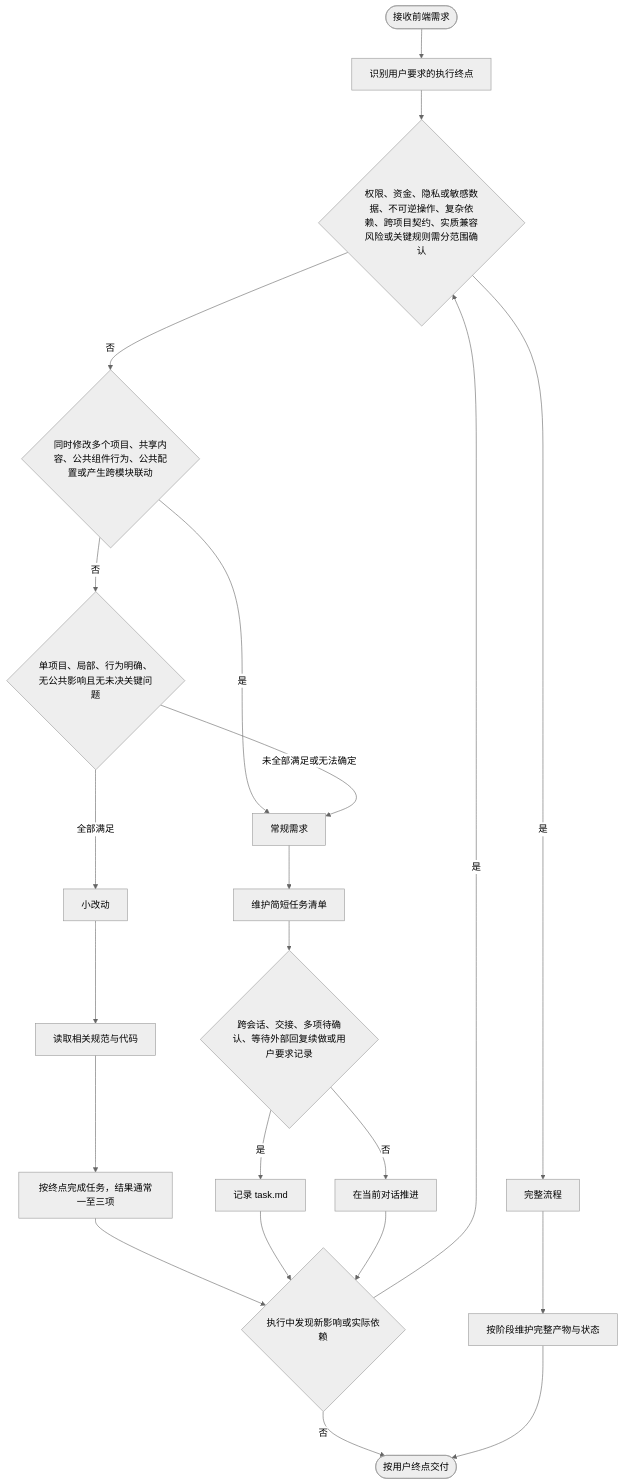
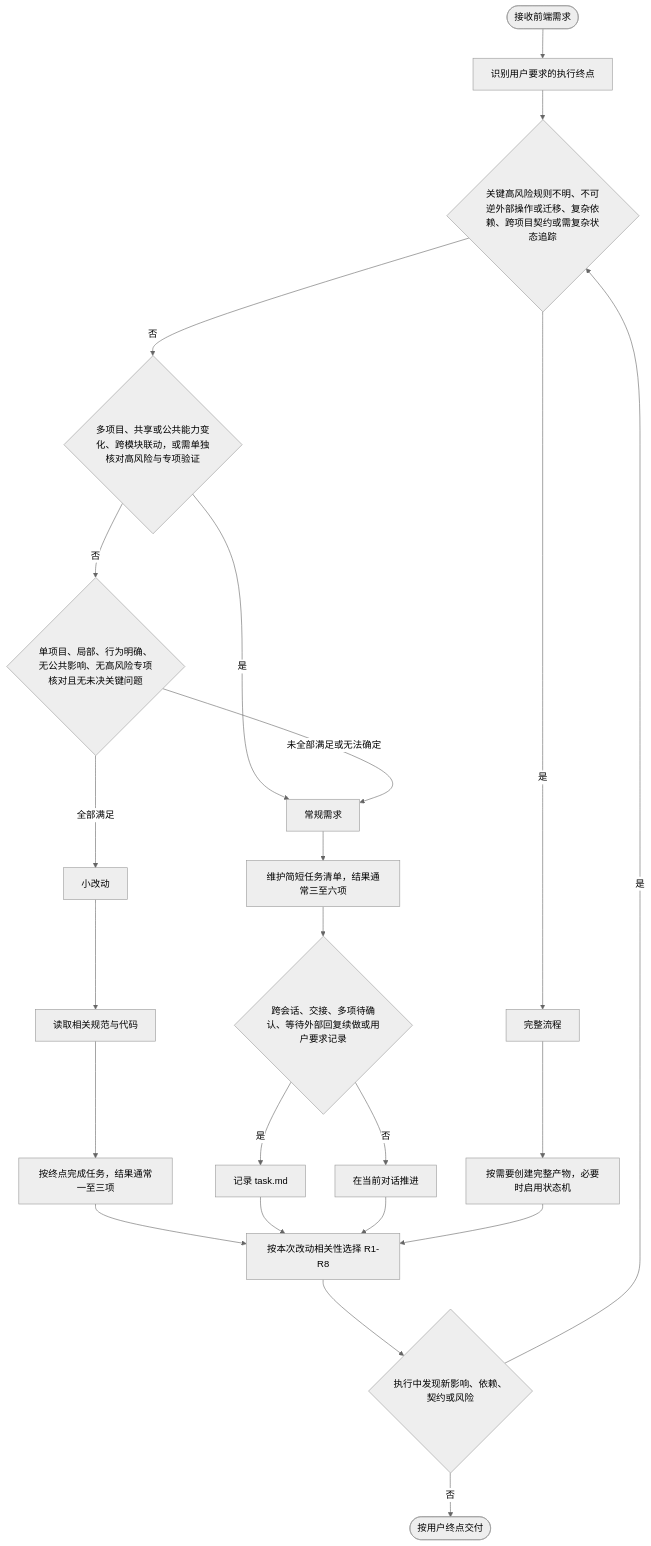
Before and after one commit to Aliang997/frontend-delivery-skill: the first of 6 diagrams in skills/frontend-delivery/workflow-diagram.md, drawn with Mermaid (neutral theme). The commit also changed other lines of this file and 18 other files, not shown here.

````diff
--- a/skills/frontend-delivery/workflow-diagram.md
+++ b/skills/frontend-delivery/workflow-diagram.md
@@ -9,24 +9,25 @@
 ```mermaid
 flowchart TD
  A(["接收前端需求"]) --> E["识别用户要求的执行终点"]
- E --> FQ{"权限、资金、隐私或敏感数据、不可逆操作、复杂依赖、跨项目契约、实质兼容风险或关键规则需分范围确认"}
+ E --> FQ{"关键高风险规则不明、不可逆外部操作或迁移、复杂依赖、跨项目契约或需复杂状态追踪"}
  FQ -->|"是"| F["完整流程"]
- FQ -->|"否"| NQ{"同时修改多个项目、共享内容、公共组件行为、公共配置或产生跨模块联动"}
+ FQ -->|"否"| NQ{"多项目、共享或公共能力变化、跨模块联动，或需单独核对高风险与专项验证"}
  NQ -->|"是"| N["常规需求"]
- NQ -->|"否"| SQ{"单项目、局部、行为明确、无公共影响且无未决关键问题"}
+ NQ -->|"否"| SQ{"单项目、局部、行为明确、无公共影响、无高风险专项核对且无未决关键问题"}
  SQ -->|"全部满足"| S["小改动"]
  SQ -->|"未全部满足或无法确定"| N
  S --> S1["读取相关规范与代码"]
  S1 --> S2["按终点完成任务，结果通常一至三项"]
- N --> N1["维护简短任务清单"]
+ N --> N1["维护简短任务清单，结果通常三至六项"]
  N1 --> N2{"跨会话、交接、多项待确认、等待外部回复续做或用户要求记录"}
  N2 -->|"是"| N3["记录 task.md"]
  N2 -->|"否"| N4["在当前对话推进"]
- F --> F1["按阶段维护完整产物与状态"]
- S2 --> C{"执行中发现新影响或实际依赖"}
- N3 --> C
- N4 --> C
+ F --> F1["按需要创建完整产物，必要时启用状态机"]
+ S2 --> R["按本次改动相关性选择 R1-R8"]
+ N3 --> R
+ N4 --> R
+ F1 --> R
+ R --> C{"执行中发现新影响、依赖、契约或风险"}
  C -->|"是"| FQ
  C -->|"否"| Z(["按用户终点交付"])
- F1 --> Z
 ```
````
